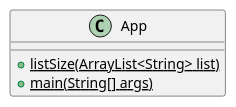
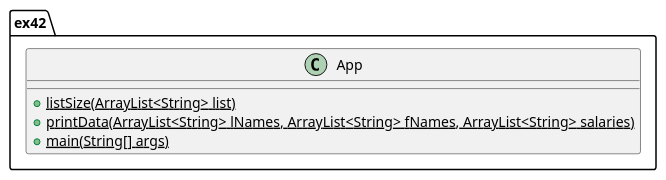
Before and after one commit to ayeekee/yeekee-cop3330-assignment3: the diagram in src/main/java/ex42/ex42cd.puml, drawn with PlantUML. The commit also changed 17 other files, not shown here.

```diff
--- a/src/main/java/ex42/ex42cd.puml
+++ b/src/main/java/ex42/ex42cd.puml
@@ -1,11 +1,12 @@
 @startuml
 'https://plantuml.com/class-diagram
 
-class App{
-
-+{static}listSize(ArrayList<String> list)
-+{static}main(String[] args)
-
+package ex42{
+    class App{
+        +{static}listSize(ArrayList<String> list)
+        +{static}printData(ArrayList<String> lNames, ArrayList<String> fNames, ArrayList<String> salaries)
+        +{static}main(String[] args)
+    }
 }
 
 @enduml
```
